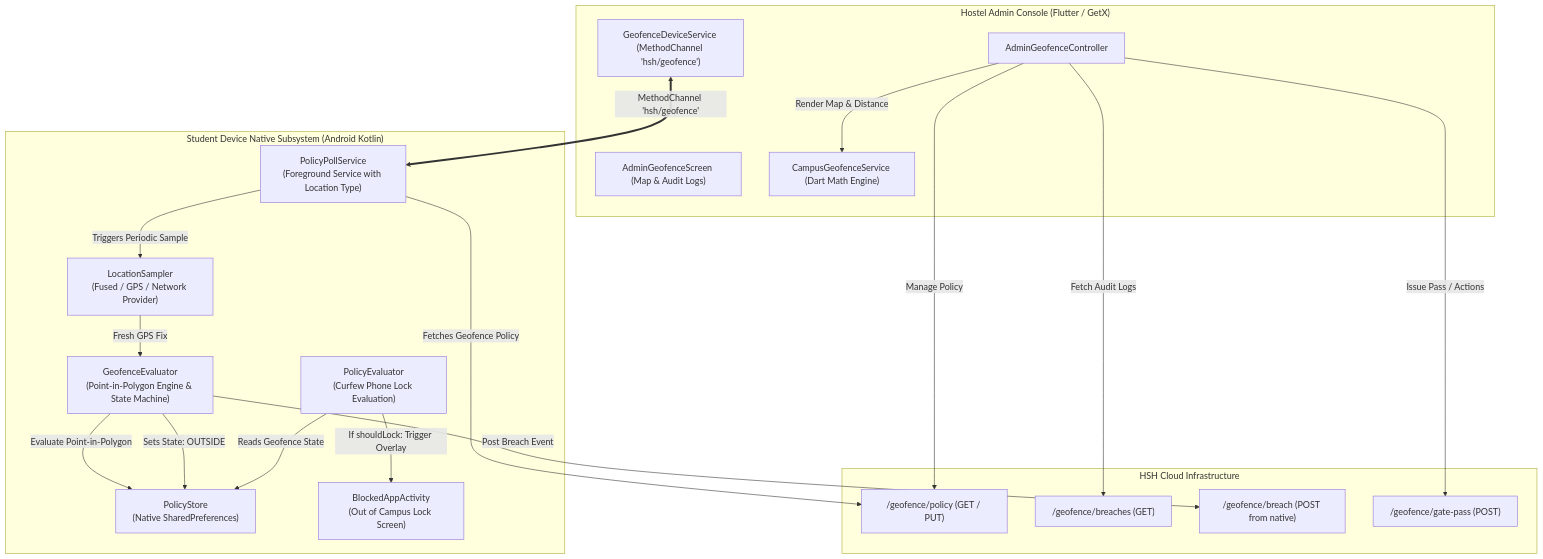
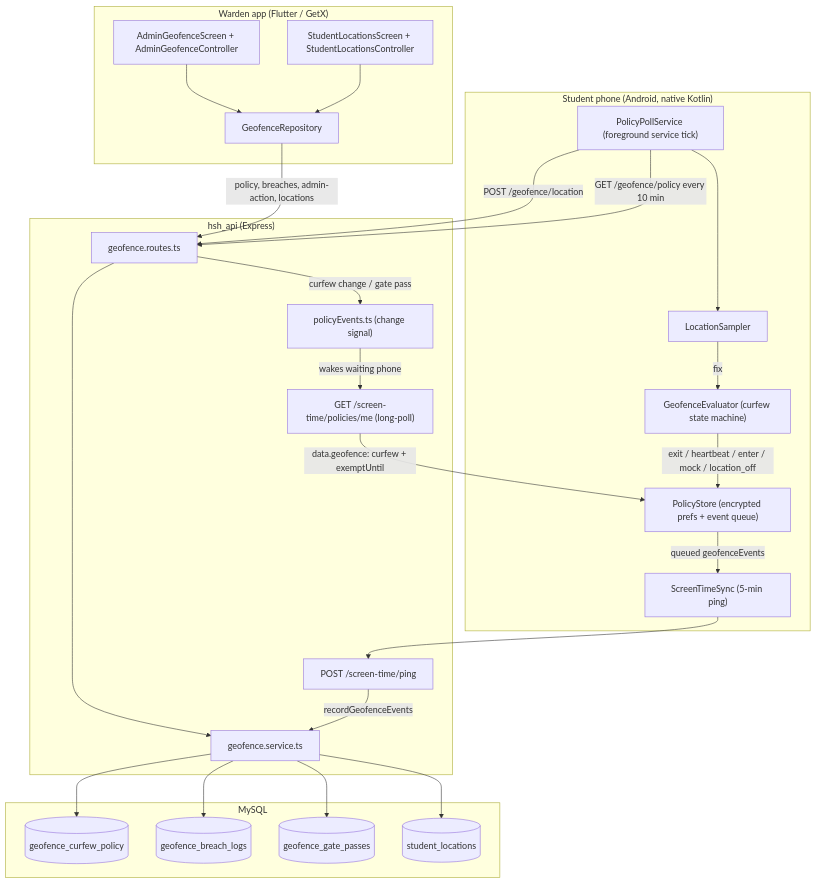
The diagram in docs/GEOFENCING_DOCS.md (innovatiq-heet/hsh_app2), drawn with Mermaid before and after one commit. The commit also changed other lines of this file and 9 other files, not shown here.

````diff
--- a/docs/GEOFENCING_DOCS.md
+++ b/docs/GEOFENCING_DOCS.md
@@ -20,46 +26,52 @@
 ```mermaid
 graph TD
-    subgraph AdminConsole["Hostel Admin Console (Flutter / GetX)"]
-        AGC["AdminGeofenceController"]
-        AGS["AdminGeofenceScreen (Map & Audit Logs)"]
-        CGS["CampusGeofenceService (Dart Math Engine)"]
-        GDS["GeofenceDeviceService (MethodChannel 'hsh/geofence')"]
+    subgraph Warden["Warden app (Flutter / GetX)"]
+        AGS["AdminGeofenceScreen + AdminGeofenceController"]
+        SLS["StudentLocationsScreen + StudentLocationsController"]
+        REPO["GeofenceRepository"]
     end
 
-    subgraph BackendInfrastructure["HSH Cloud Infrastructure"]
-        G_POL["/geofence/policy (GET / PUT)"]
-        G_LOGS["/geofence/breaches (GET)"]
-        G_BREACH["/geofence/breach (POST from native)"]
-        G_PASS["/geofence/gate-pass (POST)"]
+    subgraph API["hsh_api (Express)"]
+        GR["geofence.routes.ts"]
+        GS["geofence.service.ts"]
+        PING["POST /screen-time/ping"]
+        POLL["GET /screen-time/policies/me (long-poll)"]
+        EVT["policyEvents.ts (change signal)"]
     end
 
-    subgraph AndroidStudent["Student Device Native Subsystem (Android Kotlin)"]
-        PPS["PolicyPollService<br/>(Foreground Service with Location Type)"]
-        LS["LocationSampler<br/>(Fused / GPS / Network Provider)"]
-        GE["GeofenceEvaluator<br/>(Point-in-Polygon Engine & State Machine)"]
-        PStore["PolicyStore<br/>(Native SharedPreferences)"]
-        PE["PolicyEvaluator<br/>(Curfew Phone Lock Evaluation)"]
-        BAA["BlockedAppActivity<br/>(Out of Campus Lock Screen)"]
+    subgraph DB["MySQL"]
+        T1[("geofence_curfew_policy")]
+        T2[("geofence_breach_logs")]
+        T3[("geofence_gate_passes")]
+        T4[("student_locations")]
     end
 
-    %% Admin flow
-    AGC -->|Manage Policy| G_POL
-    AGC -->|Fetch Audit Logs| G_LOGS
-    AGC -->|Issue Pass / Actions| G_PASS
-    AGC -->|Render Map & Distance| CGS
+    subgraph Phone["Student phone (Android, native Kotlin)"]
+        PPS["PolicyPollService (foreground service tick)"]
+        LS["LocationSampler"]
+        GE["GeofenceEvaluator (curfew state machine)"]
+        PST["PolicyStore (encrypted prefs + event queue)"]
+        STS["ScreenTimeSync (5-min ping)"]
+    end
 
-    %% Native polling & sampling flow
-    PPS -->|Fetches Geofence Policy| G_POL
-    PPS -->|Triggers Periodic Sample| LS
-    LS -->|Fresh GPS Fix| GE
-    GE -->|Evaluate Point-in-Polygon| PStore
-    GE -->|Post Breach Event| G_BREACH
+    AGS --> REPO
+    SLS --> REPO
+    REPO -->|policy, breaches, admin-action, locations| GR
+    GR --> GS
+    GS --> T1
+    GS --> T2
+    GS --> T3
+    GS --> T4
+    GR -->|curfew change / gate pass| EVT
+    EVT -->|wakes waiting phone| POLL
 
-    %% Enforcement flow
-    GE -->|Sets State: OUTSIDE| PStore
-    PE -->|Reads Geofence State| PStore
-    PE -->|If shouldLock: Trigger Overlay| BAA
-
-    %% Flutter Channel
-    GDS <==>|MethodChannel 'hsh/geofence'| PPS
+    PPS --> LS
+    LS -->|fix| GE
+    GE -->|exit / heartbeat / enter / mock / location_off| PST
+    PST -->|queued geofenceEvents| STS
+    STS --> PING
+    PING -->|recordGeofenceEvents| GS
+    PPS -->|POST /geofence/location| GR
+    PPS -->|GET /geofence/policy every 10 min| GR
+    POLL -->|data.geofence: curfew + exemptUntil| PST
 ```
````
